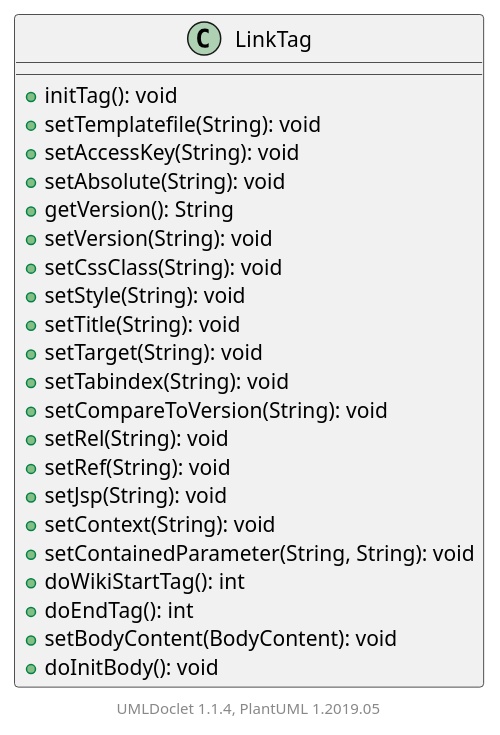
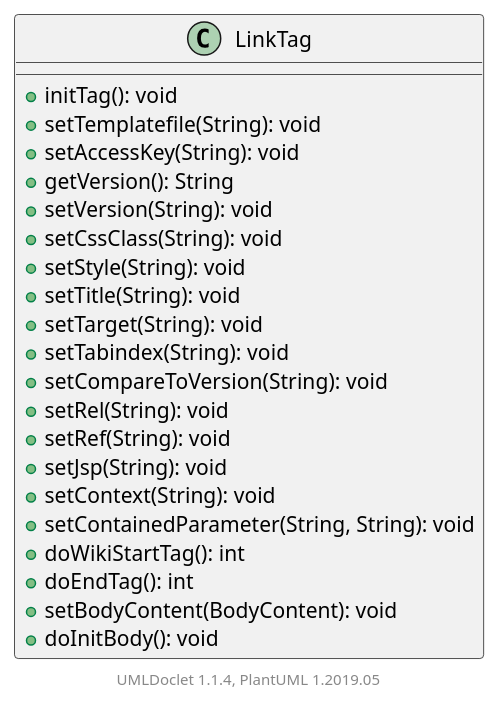
One commit to apache/jspwiki-site changed the diagram in apidocs/2.11.0.M7-SNAPSHOT/org/apache/wiki/tags/LinkTag.puml. Above: the diagram before and after it, drawn with PlantUML. The commit also changed 1701 other files, not shown here.

```diff
--- a/apidocs/2.11.0.M7-SNAPSHOT/org/apache/wiki/tags/LinkTag.puml
+++ b/apidocs/2.11.0.M7-SNAPSHOT/org/apache/wiki/tags/LinkTag.puml
@@ -1,29 +1,28 @@
 @startuml
 
     class LinkTag [[LinkTag.html]] {
         +initTag(): void
         +setTemplatefile(String): void
         +setAccessKey(String): void
-        +setAbsolute(String): void
         +getVersion(): String
         +setVersion(String): void
         +setCssClass(String): void
         +setStyle(String): void
         +setTitle(String): void
         +setTarget(String): void
         +setTabindex(String): void
         +setCompareToVersion(String): void
         +setRel(String): void
         +setRef(String): void
         +setJsp(String): void
         +setContext(String): void
         +setContainedParameter(String, String): void
         +doWikiStartTag(): int
         +doEndTag(): int
         +setBodyContent(BodyContent): void
         +doInitBody(): void
     }
 
 
     center footer UMLDoclet 1.1.4, PlantUML 1.2019.05
 @enduml
```
